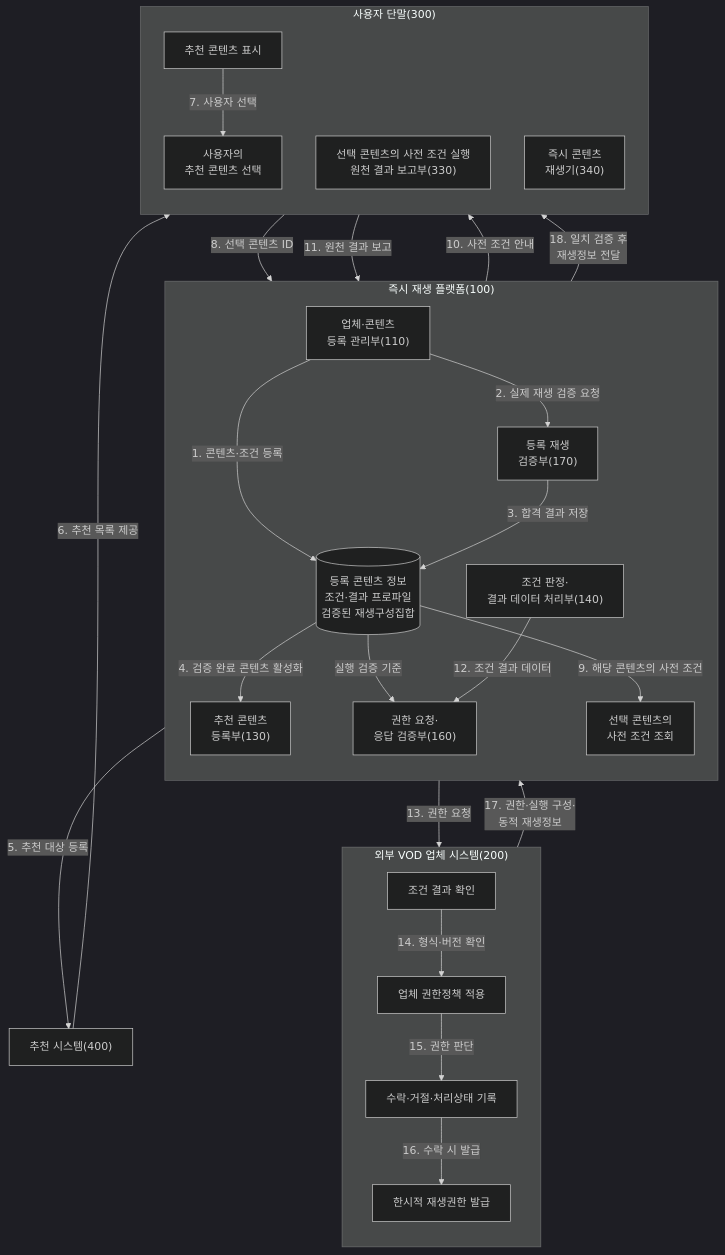
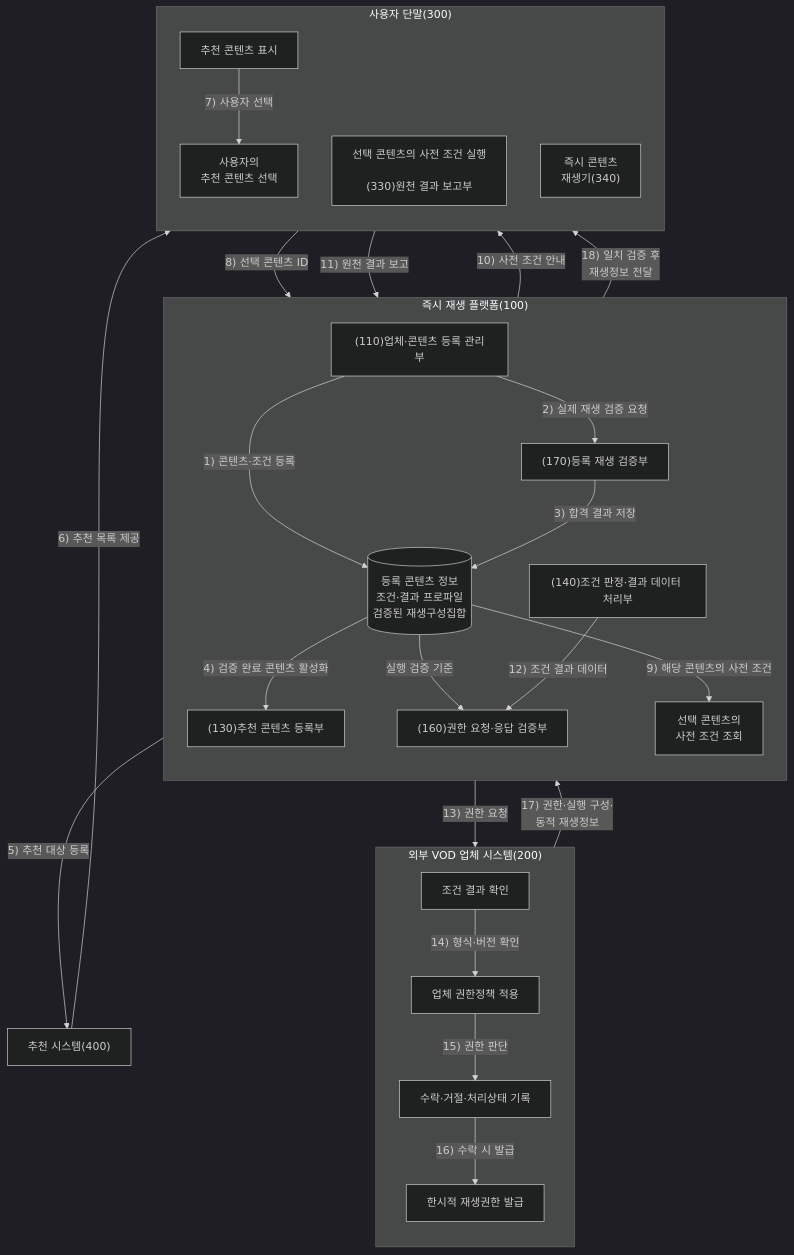
Before and after one commit to growdai1y/instant-play: the seventh of 11 diagrams in instant_play_직무발명서_가독성개선본.md, drawn with Mermaid (dark theme). The commit also changed other lines of this file and 1 other file, not shown here.

Commit message:
Improve Mermaid flowchart labels

````diff
--- a/instant_play_직무발명서_가독성개선본.md
+++ b/instant_play_직무발명서_가독성개선본.md
@@ -607,52 +607,52 @@
 ```mermaid
 flowchart TB
     subgraph P["즉시 재생 플랫폼(100)"]
         direction TB
-        R["업체·콘텐츠<br/>등록 관리부(110)"]
-        V["등록 재생<br/>검증부(170)"]
+        R["(110)업체·콘텐츠 등록 관리부"]
+        V["(170)등록 재생 검증부"]
         S[("등록 콘텐츠 정보<br/>조건·결과 프로파일<br/>검증된 재생구성집합")]
-        RR["추천 콘텐츠<br/>등록부(130)"]
+        RR["(130)추천 콘텐츠 등록부"]
         Q["선택 콘텐츠의<br/>사전 조건 조회"]
-        C["조건 판정·<br/>결과 데이터 처리부(140)"]
-        G["권한 요청·<br/>응답 검증부(160)"]
+        C["(140)조건 판정·결과 데이터 처리부"]
+        G["(160)권한 요청·응답 검증부"]
 
-        R -->|"1. 콘텐츠·조건 등록"| S
-        R -->|"2. 실제 재생 검증 요청"| V
-        V -->|"3. 합격 결과 저장"| S
-        S -->|"4. 검증 완료 콘텐츠 활성화"| RR
+        R -->|"1) 콘텐츠·조건 등록"| S
+        R -->|"2) 실제 재생 검증 요청"| V
+        V -->|"3) 합격 결과 저장"| S
+        S -->|"4) 검증 완료 콘텐츠 활성화"| RR
         S -->|"실행 검증 기준"| G
     end
 
     M["추천 시스템(400)"]
 
     subgraph O["외부 VOD 업체 시스템(200)"]
         direction TB
         O1["조건 결과 확인"]
         O2["업체 권한정책 적용"]
         O3["수락·거절·처리상태 기록"]
         O4["한시적 재생권한 발급"]
-        O1 -->|"14. 형식·버전 확인"| O2
-        O2 -->|"15. 권한 판단"| O3
-        O3 -->|"16. 수락 시 발급"| O4
+        O1 -->|"14) 형식·버전 확인"| O2
+        O2 -->|"15) 권한 판단"| O3
+        O3 -->|"16) 수락 시 발급"| O4
     end
 
     subgraph D["사용자 단말(300)"]
         direction TB
         D0["추천 콘텐츠 표시"]
         DS["사용자의<br/>추천 콘텐츠 선택"]
-        D1["선택 콘텐츠의 사전 조건 실행<br/>원천 결과 보고부(330)"]
+        D1["선택 콘텐츠의 사전 조건 실행<br/><br/>(330)원천 결과 보고부"]
         D2["즉시 콘텐츠<br/>재생기(340)"]
-        D0 -->|"7. 사용자 선택"| DS
+        D0 -->|"7) 사용자 선택"| DS
     end
 
-    RR -->|"5. 추천 대상 등록"| M
-    M -->|"6. 추천 목록 제공"| D0
-    DS -->|"8. 선택 콘텐츠 ID"| Q
-    S -->|"9. 해당 콘텐츠의 사전 조건"| Q
-    Q -->|"10. 사전 조건 안내"| D1
-    D1 -->|"11. 원천 결과 보고"| C
-    C -->|"12. 조건 결과 데이터"| G
-    G -->|"13. 권한 요청"| O1
-    O4 -->|"17. 권한·실행 구성·<br/>동적 재생정보"| G
-    G -->|"18. 일치 검증 후<br/>재생정보 전달"| D2
+    RR -->|"5) 추천 대상 등록"| M
+    M -->|"6) 추천 목록 제공"| D0
+    DS -->|"8) 선택 콘텐츠 ID"| Q
+    S -->|"9) 해당 콘텐츠의 사전 조건"| Q
+    Q -->|"10) 사전 조건 안내"| D1
+    D1 -->|"11) 원천 결과 보고"| C
+    C -->|"12) 조건 결과 데이터"| G
+    G -->|"13) 권한 요청"| O1
+    O4 -->|"17) 권한·실행 구성·<br/>동적 재생정보"| G
+    G -->|"18) 일치 검증 후<br/>재생정보 전달"| D2
 ```
````
